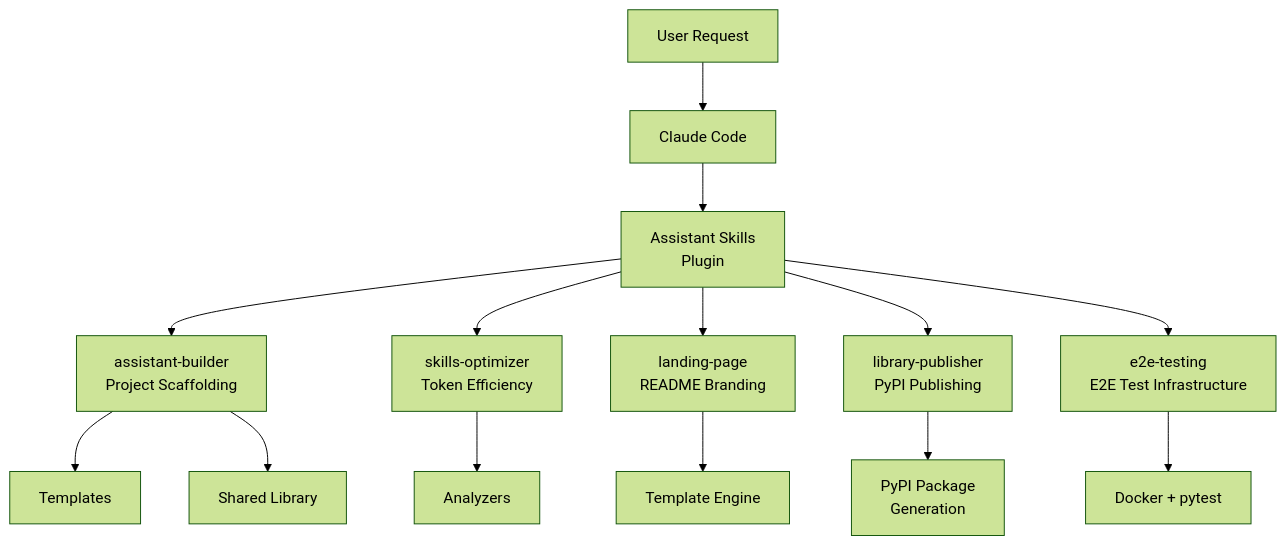
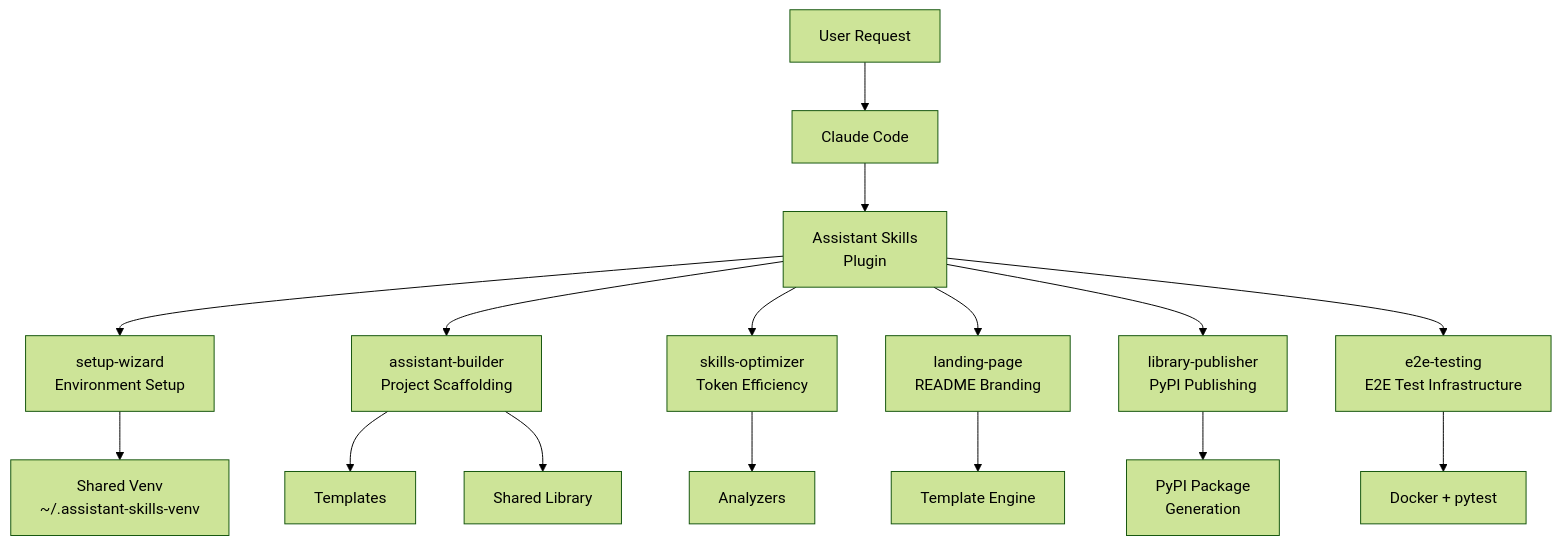
One commit to grandcamel/Assistant-Skills changed the diagram in README.md. Above: the diagram before and after it, drawn with Mermaid (forest theme). The commit also changed other lines of this file, not shown here.

First line of the commit message:
docs(readme): add setup-wizard skill and environment setup section

````diff
--- a/README.md
+++ b/README.md
@@ -326,19 +353,21 @@
 ```mermaid
 flowchart TD
     U["User Request"] --> CC["Claude Code"]
     CC --> AS["Assistant Skills<br/>Plugin"]
 
+    AS --> SW["setup-wizard<br/>Environment Setup"]
     AS --> AB["assistant-builder<br/>Project Scaffolding"]
     AS --> SO["skills-optimizer<br/>Token Efficiency"]
     AS --> LP["landing-page<br/>README Branding"]
     AS --> LIB["library-publisher<br/>PyPI Publishing"]
     AS --> E2E["e2e-testing<br/>E2E Test Infrastructure"]
 
+    SW --> VE["Shared Venv<br/>~/.assistant-skills-venv"]
     AB --> T["Templates"]
     AB --> SH["Shared Library"]
 
     SO --> AN["Analyzers"]
     LP --> TM["Template Engine"]
     LIB --> PY["PyPI Package<br/>Generation"]
     E2E --> DOC["Docker + pytest"]
 ```
````
